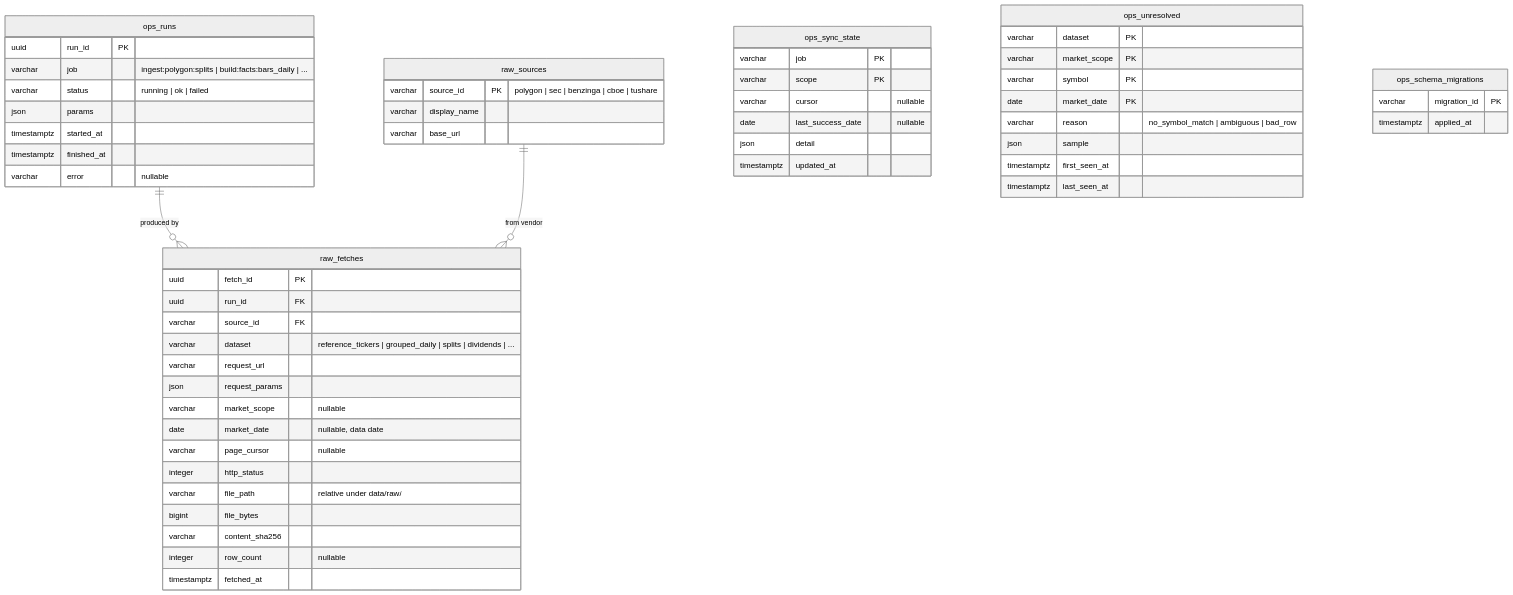
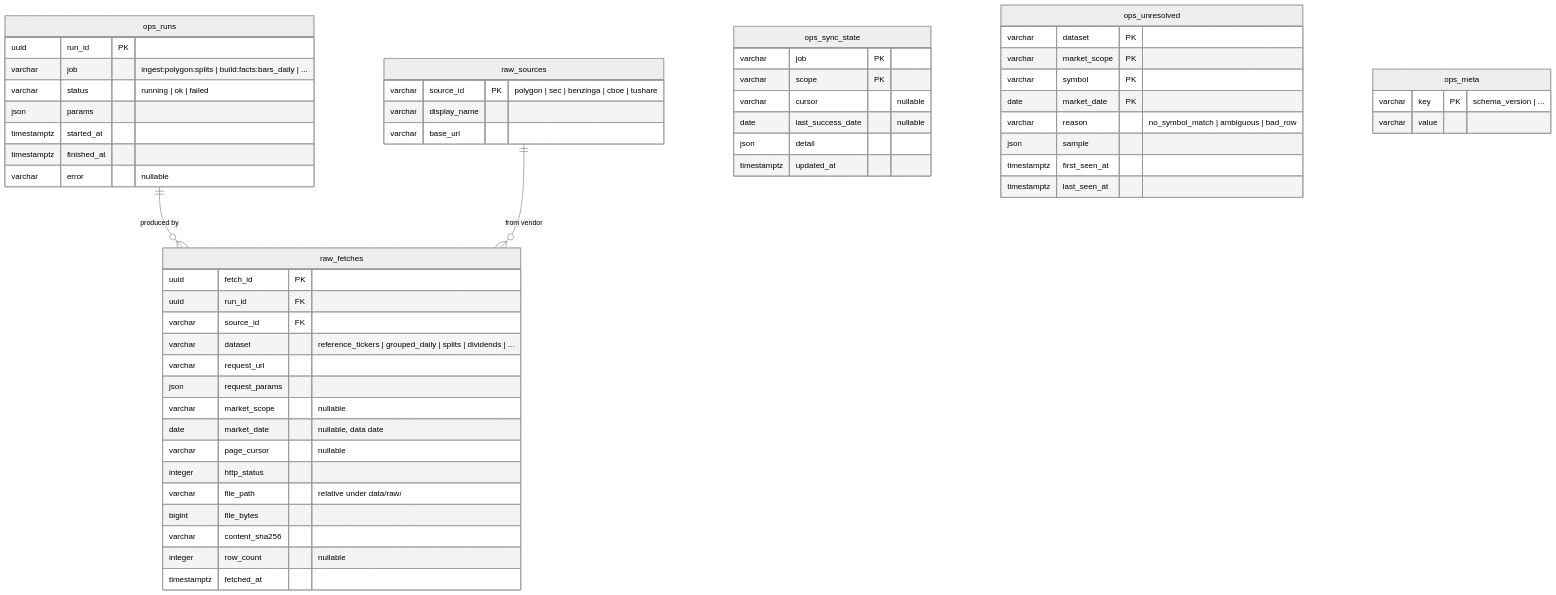
The second of 5 diagrams in docs/data-model.md (garysui/atm3), drawn with Mermaid (neutral theme) before and after one commit. The commit also changed other lines of this file and 9 other files, not shown here.

````diff
--- a/docs/data-model.md
+++ b/docs/data-model.md
@@ -87,59 +90,59 @@
 ```mermaid
 erDiagram
   ops_runs ||--o{ raw_fetches : "produced by"
   raw_sources ||--o{ raw_fetches : "from vendor"
 
   raw_sources {
     varchar source_id PK "polygon | sec | benzinga | cboe | tushare"
     varchar display_name
     varchar base_url
   }
   raw_fetches {
     uuid fetch_id PK
     uuid run_id FK
     varchar source_id FK
     varchar dataset "reference_tickers | grouped_daily | splits | dividends | ..."
     varchar request_url
     json request_params
     varchar market_scope "nullable"
     date market_date "nullable, data date"
     varchar page_cursor "nullable"
     integer http_status
     varchar file_path "relative under data/raw/"
     bigint file_bytes
     varchar content_sha256
     integer row_count "nullable"
     timestamptz fetched_at
   }
   ops_runs {
     uuid run_id PK
     varchar job "ingest:polygon:splits | build:facts:bars_daily | ..."
     varchar status "running | ok | failed"
     json params
     timestamptz started_at
     timestamptz finished_at
     varchar error "nullable"
   }
   ops_sync_state {
     varchar job PK
     varchar scope PK
     varchar cursor "nullable"
     date last_success_date "nullable"
     json detail
     timestamptz updated_at
   }
   ops_unresolved {
     varchar dataset PK
     varchar market_scope PK
     varchar symbol PK
     date market_date PK
     varchar reason "no_symbol_match | ambiguous | bad_row"
     json sample
     timestamptz first_seen_at
     timestamptz last_seen_at
   }
-  ops_schema_migrations {
-    varchar migration_id PK
-    timestamptz applied_at
+  ops_meta {
+    varchar key PK "schema_version | ..."
+    varchar value
   }
 ```
````
